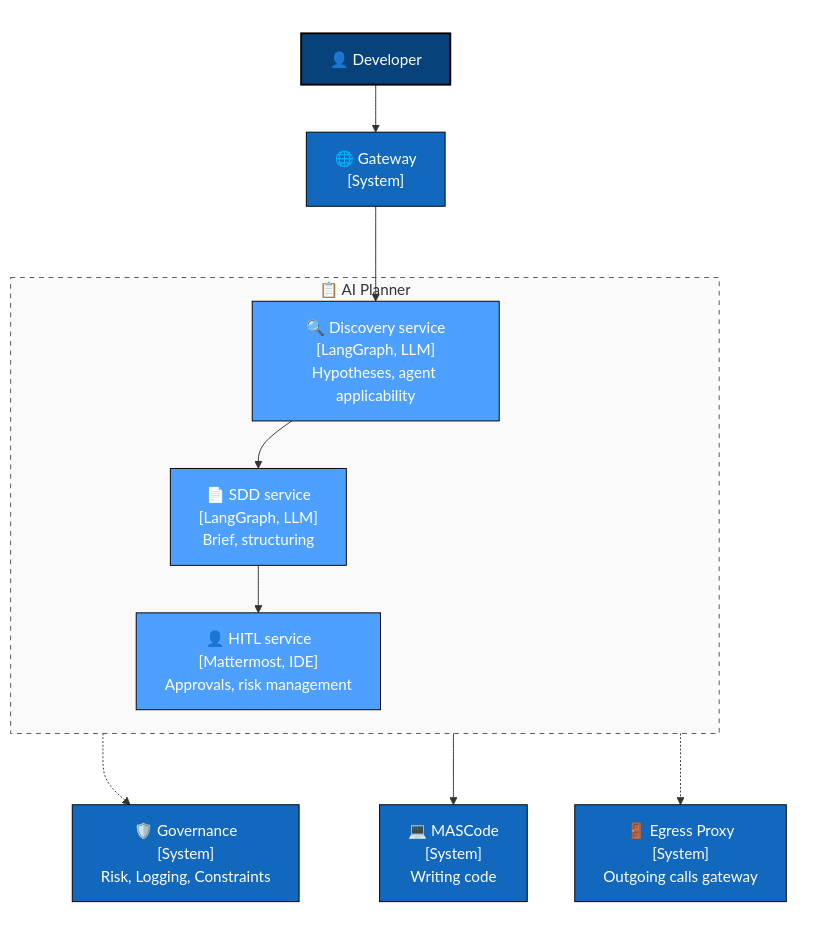
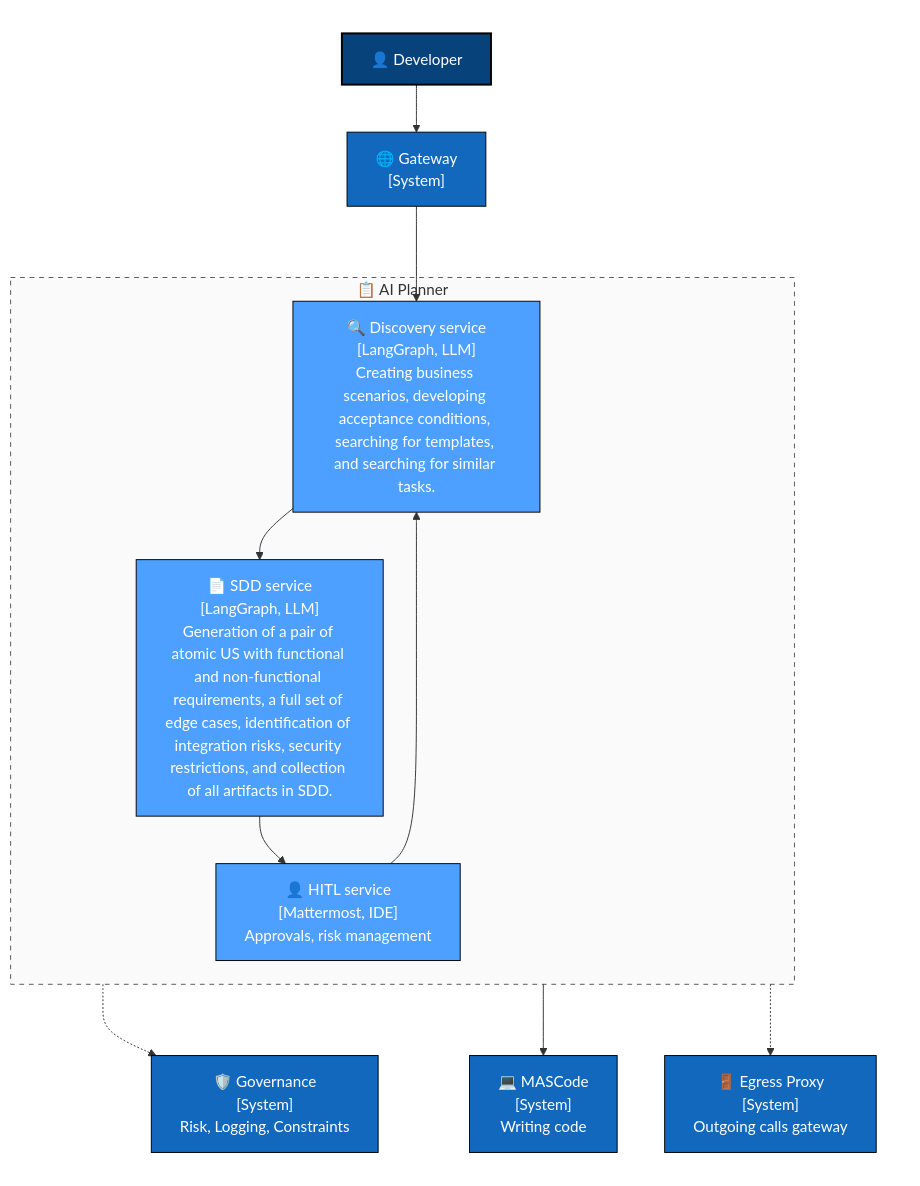
The diagram in c4schemes/container_planner.mmd (Kir-Za/MAS), drawn with Mermaid before and after one commit. The commit also changed 3 other files, not shown here.

```diff
--- a/c4schemes/container_planner.mmd
+++ b/c4schemes/container_planner.mmd
@@ -1,37 +1,37 @@
 flowchart TD
     classDef actor fill:#08427b,stroke:#000,color:#fff,stroke-width:2px;
     classDef system fill:#1168bd,stroke:#000,color:#fff;
     classDef container fill:#4DA0FF,stroke:#000,color:#fff;
     classDef external fill:#999,stroke:#333,color:#fff;
 
     subgraph group_internal_0[" "]
         developer["👤 Developer"]:::actor
         gateway["🌐 Gateway<br/>[System]"]:::system
     end
 
     subgraph group_internal_1["📋 AI Planner"]
-        discovery["🔍 Discovery service<br/>[LangGraph, LLM]<br/>Hypotheses, agent applicability"]:::container
-        sdd["📄 SDD service<br/>[LangGraph, LLM]<br/>Brief, structuring"]:::container
+        discovery["🔍 Discovery service<br/>[LangGraph, LLM]<br/>Creating business scenarios, developing acceptance conditions, searching for templates, and searching for similar tasks."]:::container
+        sdd["📄 SDD service<br/>[LangGraph, LLM]<br/>Generation of a pair of atomic US with functional and non-functional requirements, a full set of edge cases, identification of integration risks, security restrictions, and collection of all artifacts in SDD."]:::container
         hitl["👤 HITL service<br/>[Mattermost, IDE]<br/>Approvals, risk management"]:::container
     end
 
     subgraph group_internal_2[" "]
         governance["🛡️ Governance<br/>[System]<br/>Risk, Logging, Constraints"]:::system
         coder["💻 MASCode<br/>[System]<br/>Writing code"]:::system
         egress["🚪 Egress Proxy<br/>[System]<br/>Outgoing calls gateway"]:::system
     end
 
     developer --> gateway
-
     discovery --> sdd --> hitl
+    hitl --> discovery
     
     gateway --> discovery
     group_internal_1 -.-> governance
     group_internal_1 --> coder
     group_internal_1 -.-> egress
 
     hitl ~~~ group_internal_2
 
     style group_internal_0 fill:none,stroke:none,stroke-width:0px;
     style group_internal_1 stroke:#555,stroke-dasharray: 5 5,fill:#f9f9f9,fill-opacity:0.8;
     style group_internal_2 fill:none,stroke:none,stroke-width:0px;
```
